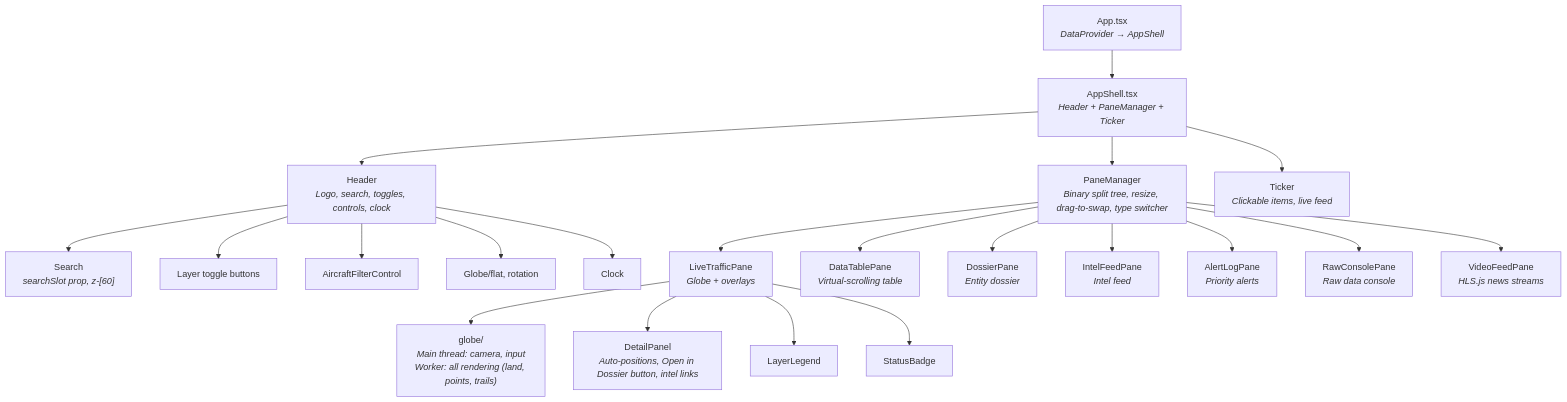
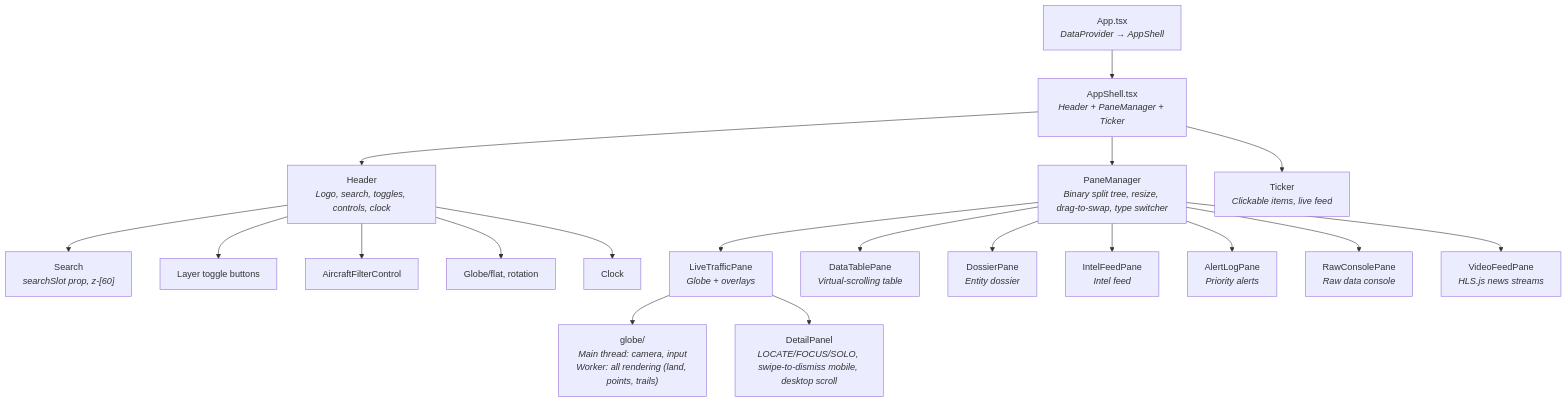
The second of 2 diagrams in docs/architecture.md (iiTONELOC/sigint), drawn with Mermaid before and after one commit. The commit also changed other lines of this file and 43 other files, not shown here.

````diff
--- a/docs/architecture.md
+++ b/docs/architecture.md
@@ -271,28 +276,26 @@
 ```mermaid
 graph TD
     App["App.tsx<br/><i>DataProvider → AppShell</i>"]
     App --> AppShell["AppShell.tsx<br/><i>Header + PaneManager + Ticker</i>"]
 
     AppShell --> Header["Header<br/><i>Logo, search, toggles, controls, clock</i>"]
     Header --> SearchComp["Search<br/><i>searchSlot prop, z-[60]</i>"]
     Header --> LayerToggles["Layer toggle buttons"]
     Header --> AircraftFC["AircraftFilterControl"]
     Header --> ViewControls["Globe/flat, rotation"]
     Header --> Clock["Clock"]
 
     AppShell --> PM["PaneManager<br/><i>Binary split tree, resize, drag-to-swap, type switcher</i>"]
     PM --> LTP["LiveTrafficPane<br/><i>Globe + overlays</i>"]
     PM --> DTP["DataTablePane<br/><i>Virtual-scrolling table</i>"]
     PM --> DSP["DossierPane<br/><i>Entity dossier</i>"]
     PM --> IFP["IntelFeedPane<br/><i>Intel feed</i>"]
     PM --> ALP["AlertLogPane<br/><i>Priority alerts</i>"]
     PM --> RCP["RawConsolePane<br/><i>Raw data console</i>"]
     PM --> VFP["VideoFeedPane<br/><i>HLS.js news streams</i>"]
 
     LTP --> GlobeViz["globe/<br/><i>Main thread: camera, input<br/>Worker: all rendering (land, points, trails)</i>"]
-    LTP --> DetailPanel["DetailPanel<br/><i>Auto-positions, Open in Dossier button, intel links</i>"]
-    LTP --> LayerLegend["LayerLegend"]
-    LTP --> StatusBadge["StatusBadge"]
+    LTP --> DetailPanel["DetailPanel<br/><i>LOCATE/FOCUS/SOLO, swipe-to-dismiss mobile, desktop scroll</i>"]
 
     AppShell --> Ticker["Ticker<br/><i>Clickable items, live feed</i>"]
 ```
````
